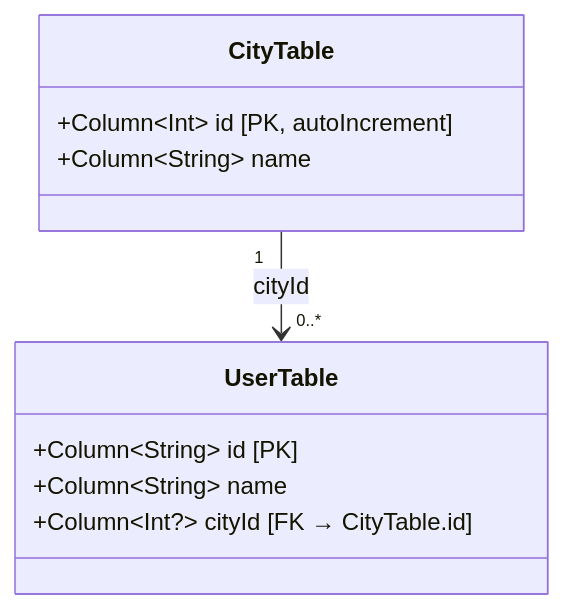
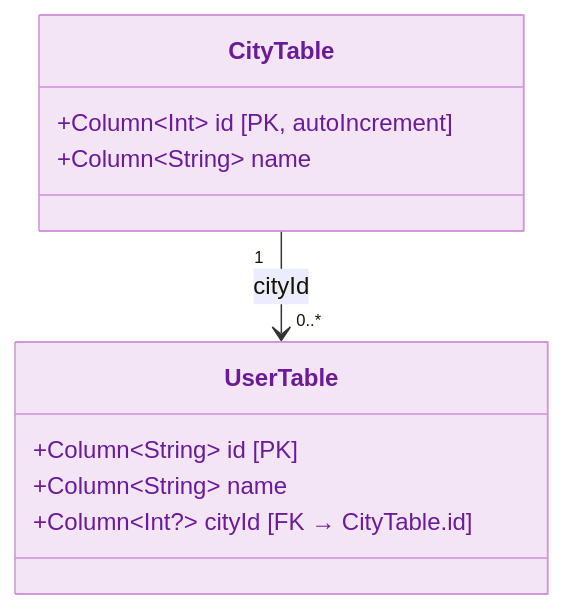
One commit to bluetape4k/exposed-workshop changed the third of 3 diagrams in 03-exposed-basic/exposed-sql-example/README.md. Above: the diagram before and after it, drawn with Mermaid. The commit also changed 56 other files, not shown here.

First line of the commit message:
docs: 전체 README mermaid 다이어그램에 파스텔 톤 색상 적용

````diff
--- a/03-exposed-basic/exposed-sql-example/README.md
+++ b/03-exposed-basic/exposed-sql-example/README.md
@@ -64,13 +64,16 @@
 ```mermaid
 classDiagram
     class CityTable {
         +Column~Int~ id  [PK, autoIncrement]
         +Column~String~ name
     }
     class UserTable {
         +Column~String~ id  [PK]
         +Column~String~ name
         +Column~Int?~ cityId  [FK → CityTable.id]
     }
     CityTable "1" --> "0..*" UserTable: cityId
+
+    style CityTable fill:#F3E5F5,stroke:#CE93D8,color:#6A1B9A
+    style UserTable fill:#F3E5F5,stroke:#CE93D8,color:#6A1B9A
 ```
````
